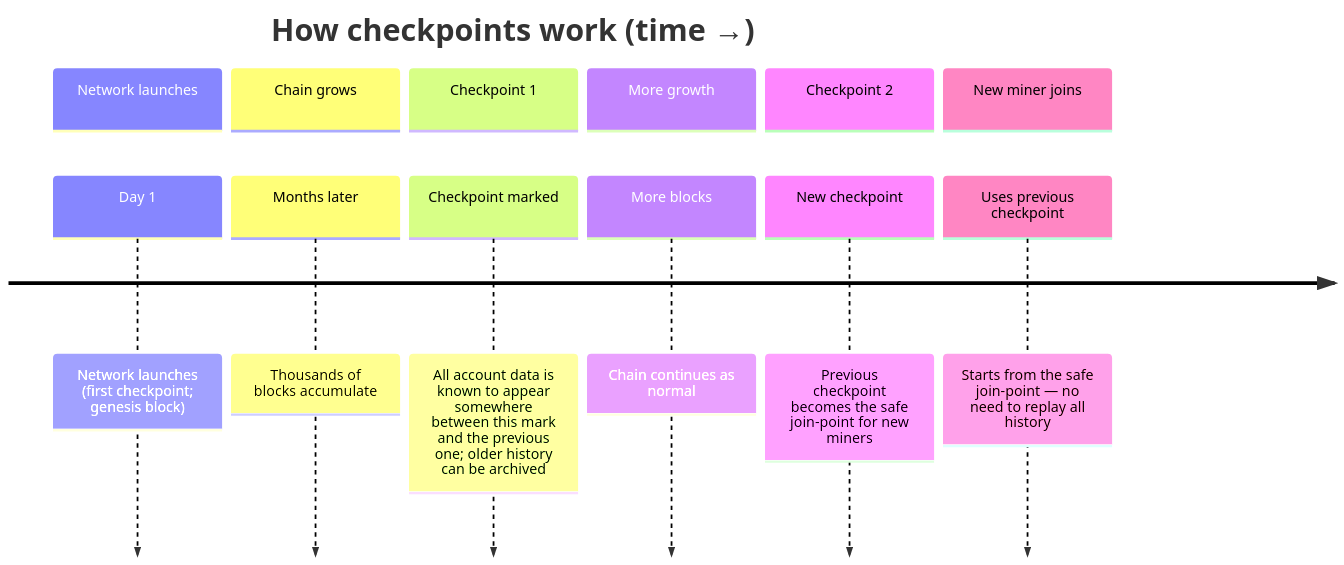
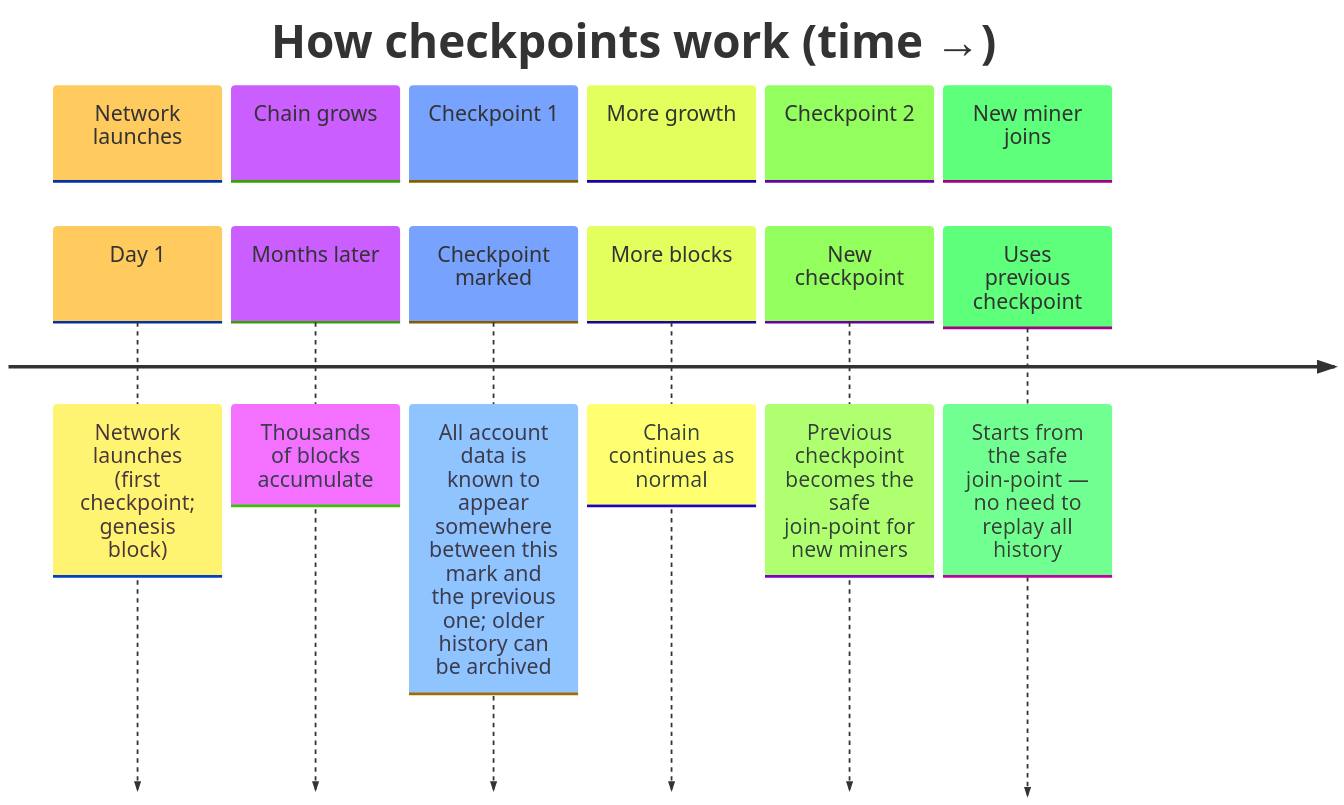
Before and after one commit to people-post/pp-ledger: the fourth of 6 diagrams in docs/design.md, drawn with Mermaid. The commit also changed other lines of this file, not shown here.

````diff
--- a/docs/design.md
+++ b/docs/design.md
@@ -100,16 +102,17 @@
 ```mermaid
+%%{init: {"theme": "base", "themeVariables": {"fontSize": "24px", "titleFontSize": "12px"}}}%%
 timeline
     title How checkpoints work (time →)
     section Network launches
         Day 1 : Network launches (first checkpoint; genesis block)
     section Chain grows
         Months later : Thousands of blocks accumulate
     section Checkpoint 1
         Checkpoint marked : All account data is known to appear somewhere between this mark and the previous one; older history can be archived
     section More growth
         More blocks : Chain continues as normal
     section Checkpoint 2
         New checkpoint : Previous checkpoint becomes the safe join-point for new miners
     section New miner joins
         Uses previous checkpoint : Starts from the safe join-point — no need to replay all history
 ```
````
